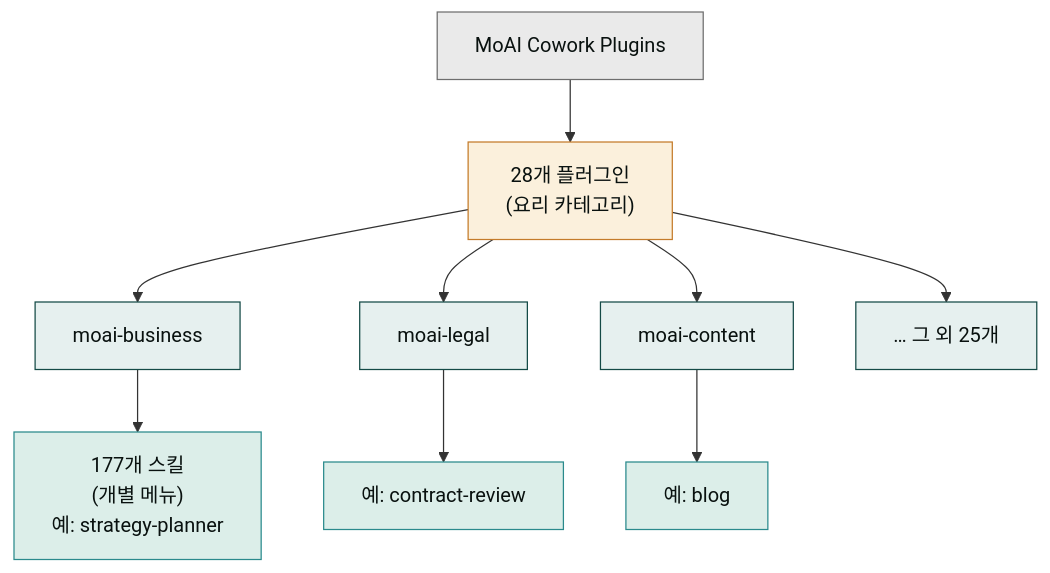
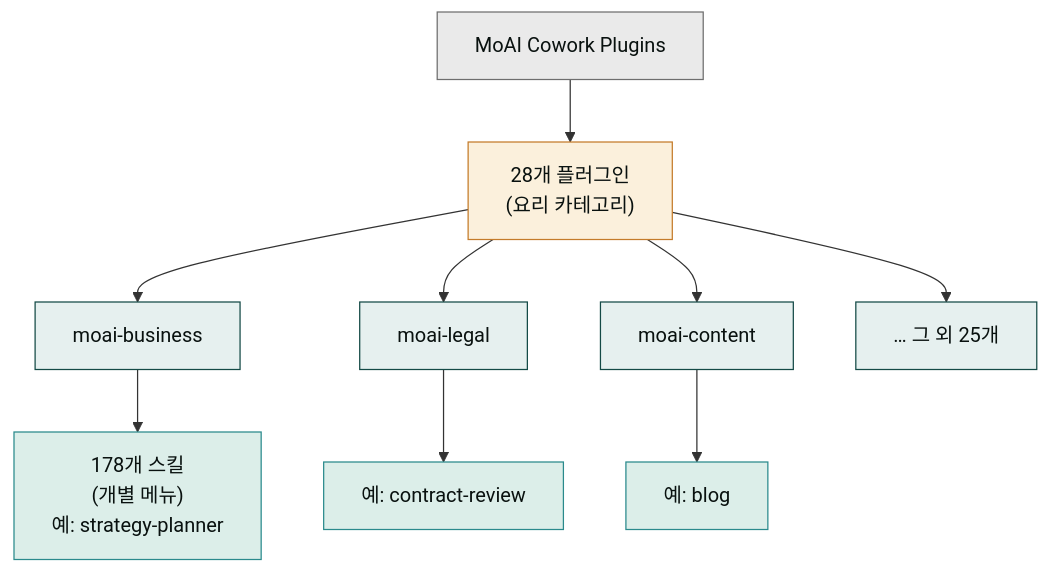
The first of 2 diagrams in content/getting-started/_index.md (modu-ai/claude), drawn with Mermaid before and after one commit. The commit also changed other lines of this file and 43 other files, not shown here.

````diff
--- a/content/getting-started/_index.md
+++ b/content/getting-started/_index.md
@@ -17,21 +17,21 @@
 ```mermaid
 flowchart TD
     A["MoAI Cowork Plugins"] --> B["28개 플러그인<br/>(요리 카테고리)"]
     B --> P1["moai-business"]
     B --> P2["moai-legal"]
     B --> P3["moai-content"]
     B --> P4["… 그 외 25개"]
-    P1 --> S1["177개 스킬<br/>(개별 메뉴)<br/>예: strategy-planner"]
+    P1 --> S1["178개 스킬<br/>(개별 메뉴)<br/>예: strategy-planner"]
     P2 --> S2["예: contract-review"]
     P3 --> S3["예: blog"]
 
     style A fill:#eaeaea,stroke:#6e6e6e,color:#09110f
     style B fill:#fbf0dc,stroke:#c47b2a,color:#09110f
     style P1 fill:#e6f0ef,stroke:#144a46,color:#09110f
     style P2 fill:#e6f0ef,stroke:#144a46,color:#09110f
     style P3 fill:#e6f0ef,stroke:#144a46,color:#09110f
     style P4 fill:#e6f0ef,stroke:#144a46,color:#09110f
     style S1 fill:#dceee9,stroke:#2a8a8c,color:#09110f
     style S2 fill:#dceee9,stroke:#2a8a8c,color:#09110f
     style S3 fill:#dceee9,stroke:#2a8a8c,color:#09110f
 ```
````
